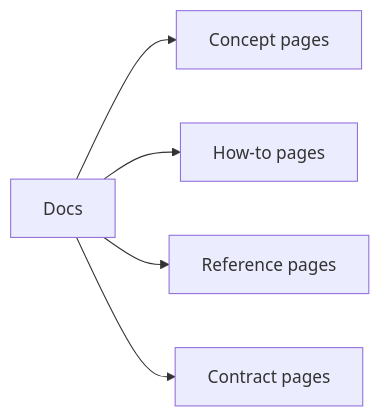
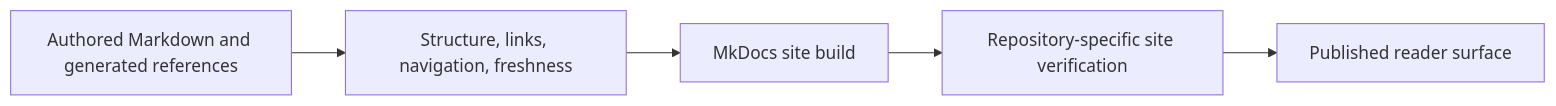
Before and after one commit to bijux/bijux-atlas: the diagram in docs/bijux-atlas-dev/governance/documentation-standards.md, drawn with Mermaid. The commit also changed other lines of this file and 2 other files, not shown here.

````diff
--- a/docs/bijux-atlas-dev/governance/documentation-standards.md
+++ b/docs/bijux-atlas-dev/governance/documentation-standards.md
@@ -16,7 +19,7 @@
 ```mermaid
 flowchart LR
-    Docs[Docs] --> Concept[Concept pages]
-    Docs --> HowTo[How-to pages]
-    Docs --> Reference[Reference pages]
-    Docs --> Contract[Contract pages]
+    Source[Authored Markdown and generated references] --> Validate[Structure, links, navigation, freshness]
+    Validate --> Build[MkDocs site build]
+    Build --> Verify[Repository-specific site verification]
+    Verify --> Publish[Published reader surface]
 ```
````
